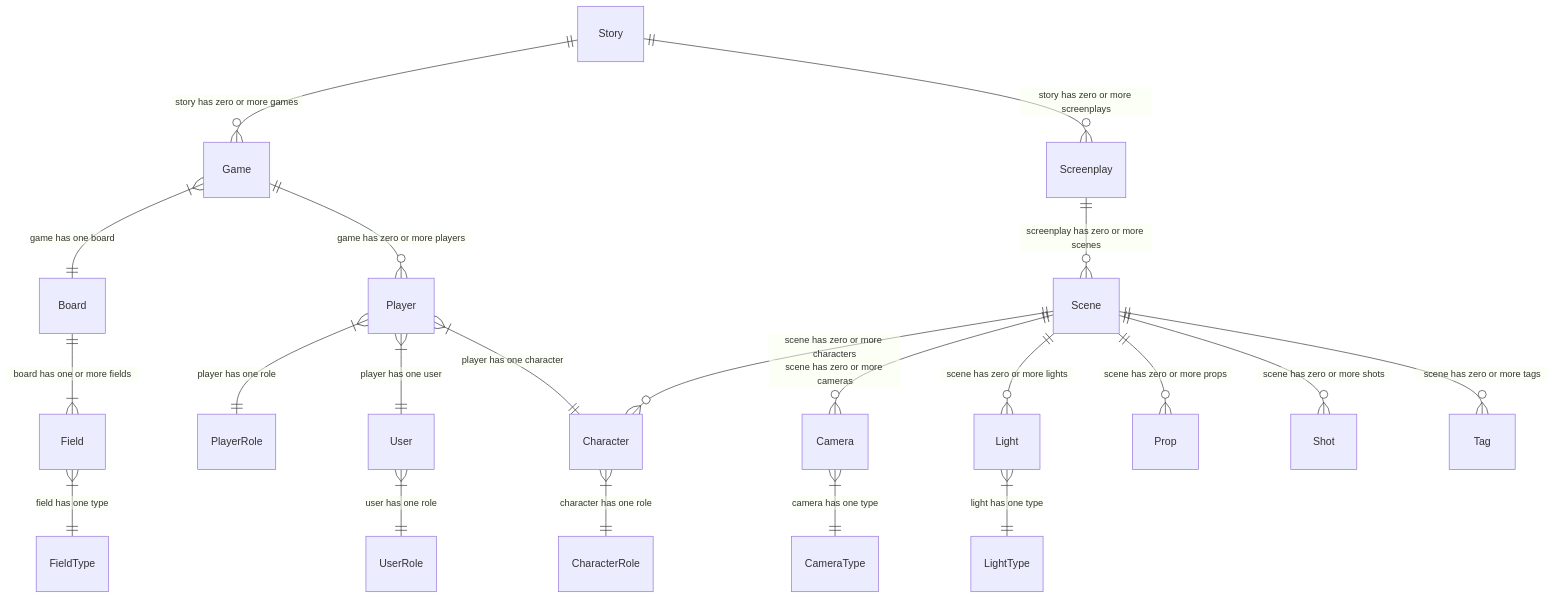
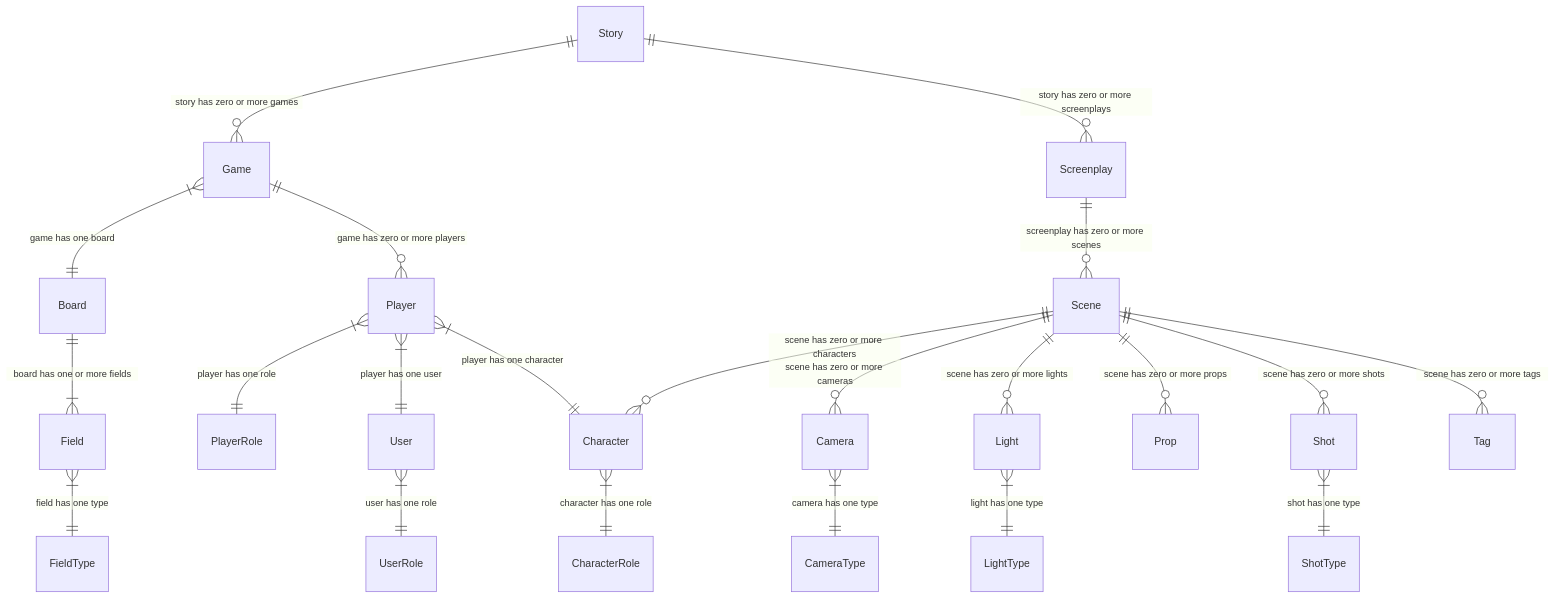
Before and after one commit to vanHeemstraSystems/flask-babylonjs: the diagram in 300/900/README.md, drawn with Mermaid.

````diff
--- a/300/900/README.md
+++ b/300/900/README.md
@@ -3,23 +3,24 @@
 ``` mermaid
 erDiagram
     Story ||--o{ Game : "story has zero or more games"
     Game }|--|| Board : "game has one board"
     Board ||--|{ Field : "board has one or more fields"
     Camera }|--|| CameraType : "camera has one type"
     Character }|--|| CharacterRole : "character has one role"
     Field }|--|| FieldType : "field has one type"
     Game ||--o{ Player : "game has zero or more players"
     Light }|--|| LightType : "light has one type"
     Player }|--|| PlayerRole : "player has one role"
     Player }|--|| User : "player has one user"  
     Player }|--|| Character : "player has one character"  
     Story ||--o{ Screenplay : "story has zero or more screenplays"
     Screenplay ||--o{ Scene : "screenplay has zero or more scenes"
     Scene ||--o{ Character : "scene has zero or more characters"
     Scene ||--o{ Camera : "scene has zero or more cameras"
     Scene ||--o{ Light : "scene has zero or more lights"
     Scene ||--o{ Prop : "scene has zero or more props"
-    Scene ||--o{ Shot : "scene has zero or more shots"    
+    Scene ||--o{ Shot : "scene has zero or more shots"
+    Shot }|--|| ShotType : "shot has one type"
     Scene ||--o{ Tag : "scene has zero or more tags"
     User }|--|| UserRole : "user has one role"
 ```
````
